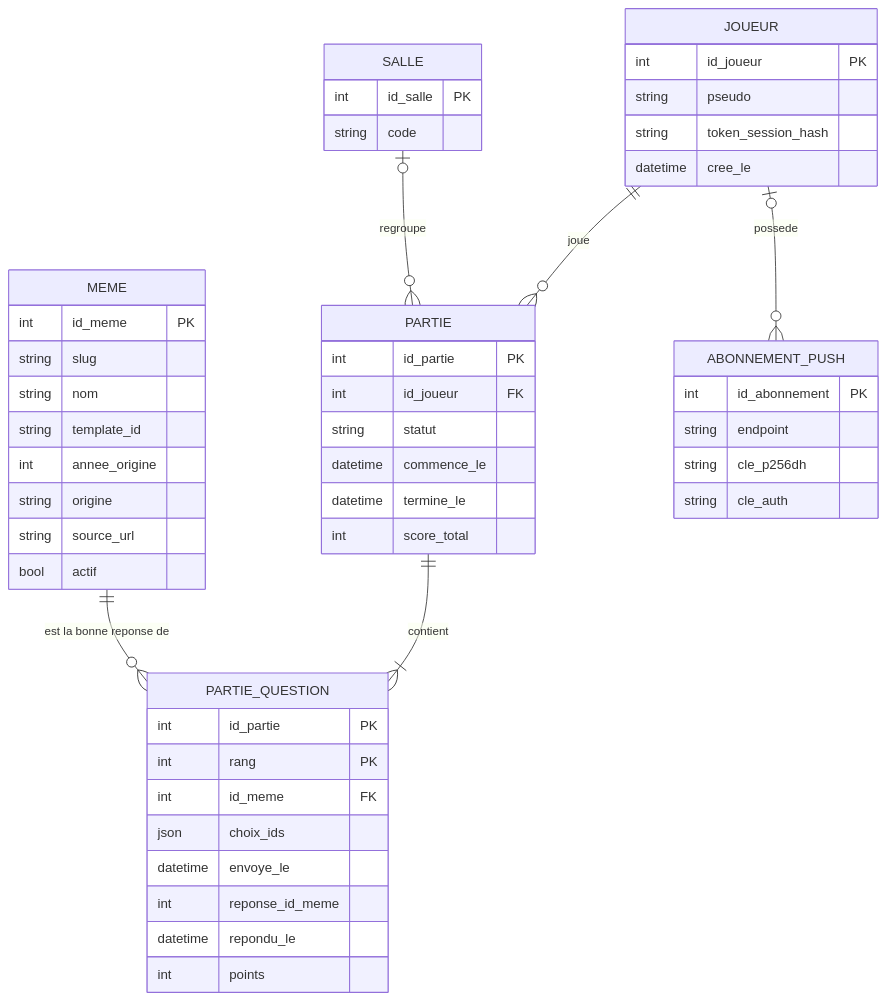
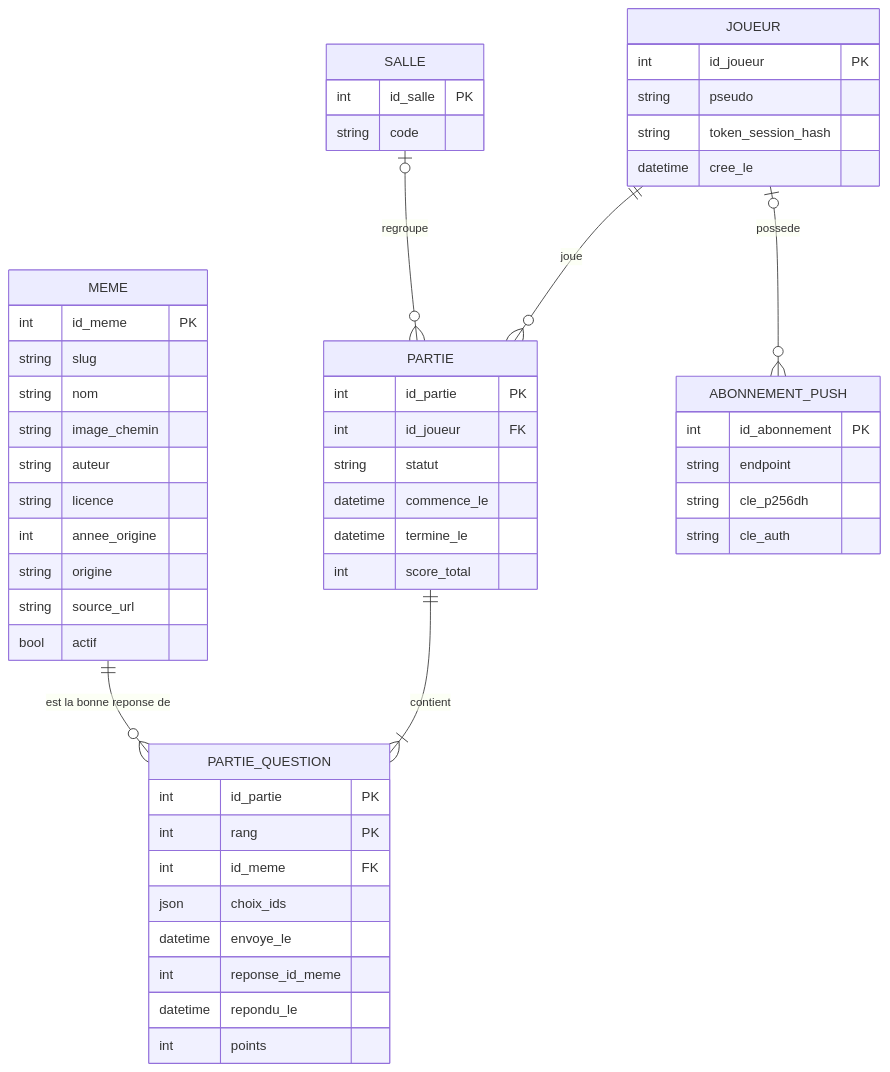
One commit to Saidafk/MEMEQUIZZ changed the diagram in docs/memequizz-stack-et-cartographies.md. Above: the diagram before and after it, drawn with Mermaid. The commit also changed other lines of this file and 9 other files, not shown here.

````diff
--- a/docs/memequizz-stack-et-cartographies.md
+++ b/docs/memequizz-stack-et-cartographies.md
@@ -127,41 +129,43 @@
 ```mermaid
 erDiagram
     JOUEUR ||--o{ PARTIE : joue
     PARTIE ||--|{ PARTIE_QUESTION : contient
     MEME   ||--o{ PARTIE_QUESTION : "est la bonne reponse de"
     JOUEUR |o--o{ ABONNEMENT_PUSH : possede
     SALLE  |o--o{ PARTIE : regroupe
 
     JOUEUR { int id_joueur PK
              string pseudo
              string token_session_hash
              datetime cree_le }
     MEME { int id_meme PK
            string slug
            string nom
-           string template_id
+           string image_chemin
+           string auteur
+           string licence
            int annee_origine
            string origine
            string source_url
            bool actif }
     PARTIE { int id_partie PK
              int id_joueur FK
              string statut
              datetime commence_le
              datetime termine_le
              int score_total }
     PARTIE_QUESTION { int id_partie PK
                       int rang PK
                       int id_meme FK
                       json choix_ids
                       datetime envoye_le
                       int reponse_id_meme
                       datetime repondu_le
                       int points }
     ABONNEMENT_PUSH { int id_abonnement PK
                       string endpoint
                       string cle_p256dh
                       string cle_auth }
     SALLE { int id_salle PK
             string code }
 ```
````
